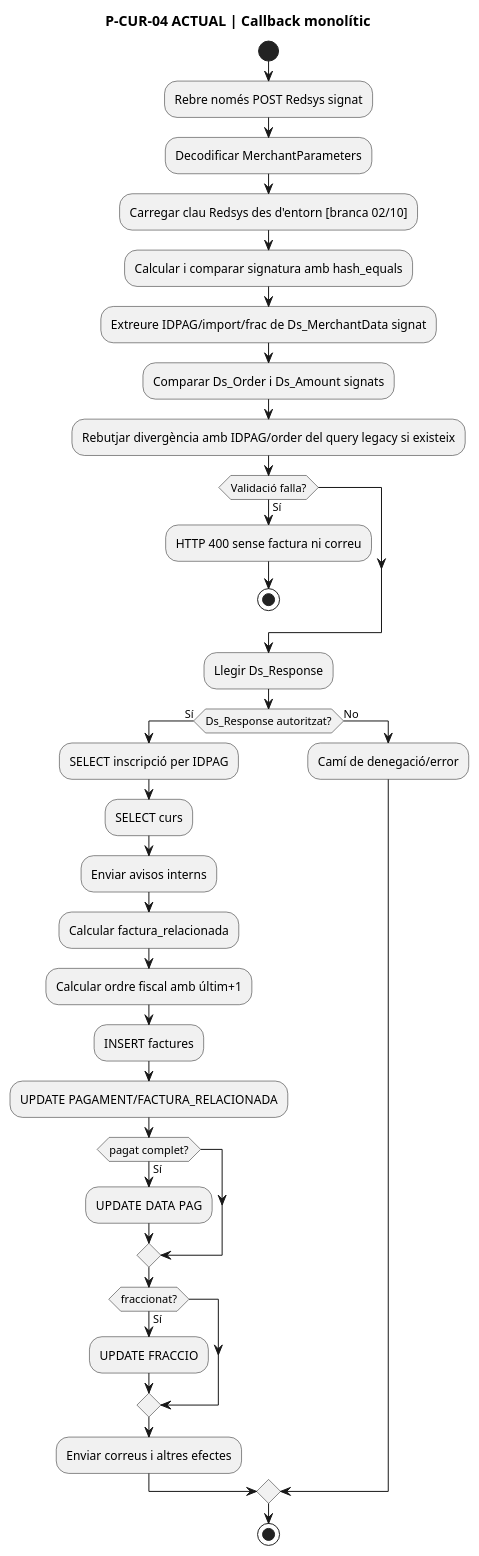
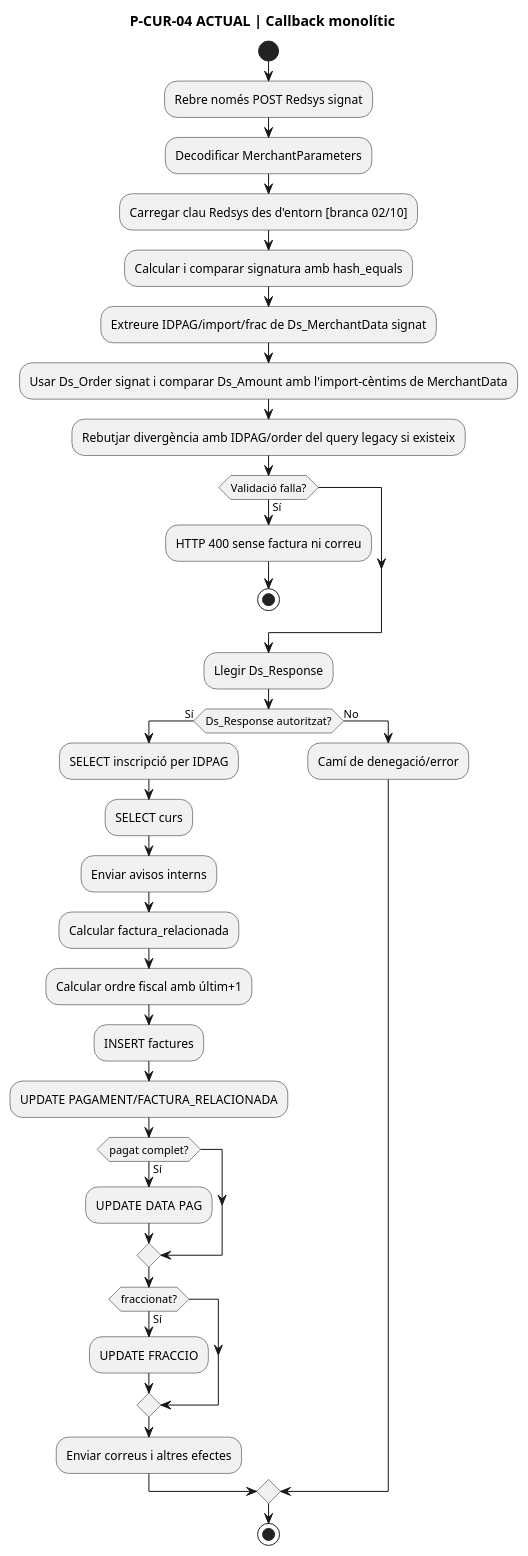
Before and after one commit to orgmeriemprismacat-del/verifactu: the seventh of 14 diagrams in documentacio/07-uml-integrat/uc-014-activitats-pagines-redsys-actual-final.md, drawn with PlantUML. The commit also changed other lines of this file, not shown here.

Commit message:
docs(UC-014): reconciliar context signat i DS_ORDER

````diff
--- a/documentacio/07-uml-integrat/uc-014-activitats-pagines-redsys-actual-final.md
+++ b/documentacio/07-uml-integrat/uc-014-activitats-pagines-redsys-actual-final.md
@@ -187,37 +187,37 @@
 ```plantuml
 @startuml
 title P-CUR-04 ACTUAL | Callback monolític
 start
 :Rebre només POST Redsys signat;
 :Decodificar MerchantParameters;
 :Carregar clau Redsys des d'entorn [branca 02/10];
 :Calcular i comparar signatura amb hash_equals;
 :Extreure IDPAG/import/frac de Ds_MerchantData signat;
-:Comparar Ds_Order i Ds_Amount signats;
+:Usar Ds_Order signat i comparar Ds_Amount amb l'import-cèntims de MerchantData;
 :Rebutjar divergència amb IDPAG/order del query legacy si existeix;
 if (Validació falla?) then (Sí)
   :HTTP 400 sense factura ni correu;
   stop
 endif
 :Llegir Ds_Response;
 if (Ds_Response autoritzat?) then (Sí)
   :SELECT inscripció per IDPAG;
   :SELECT curs;
   :Enviar avisos interns;
   :Calcular factura_relacionada;
   :Calcular ordre fiscal amb últim+1;
   :INSERT factures;
   :UPDATE PAGAMENT/FACTURA_RELACIONADA;
   if (pagat complet?) then (Sí)
     :UPDATE DATA PAG;
   endif
   if (fraccionat?) then (Sí)
     :UPDATE FRACCIO;
   endif
   :Enviar correus i altres efectes;
 else (No)
   :Camí de denegació/error;
 endif
 stop
 @enduml
 ```
````
